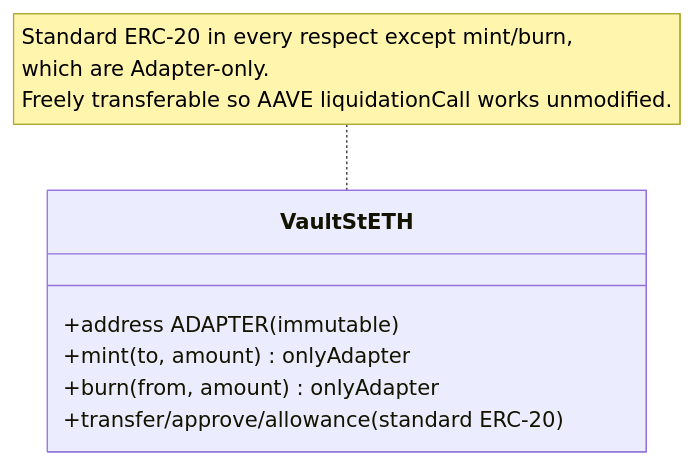
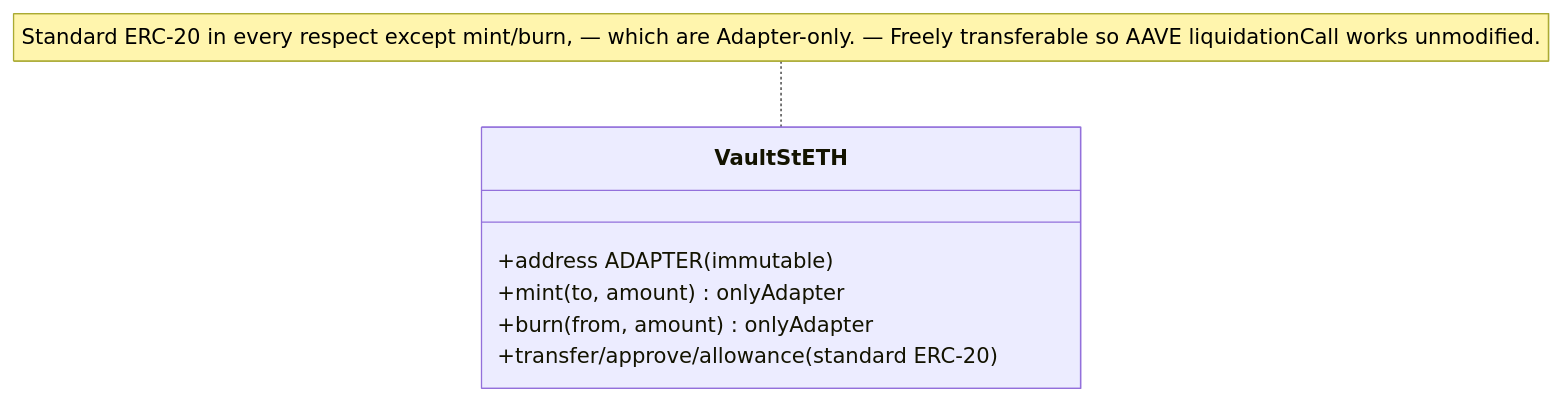
The fourth of 24 diagrams in docs/Architecture.md (sanbir/vault-steth-adapter), drawn with Mermaid before and after one commit. The commit also changed other lines of this file and 1 other file, not shown here.

First line of the commit message:
docs: fix Mermaid <br/> rendering errors in Architecture.md and Liquidation-guarantees.md

````diff
--- a/docs/Architecture.md
+++ b/docs/Architecture.md
@@ -151,10 +151,10 @@
 ```mermaid
 classDiagram
     class VaultStETH {
         +address ADAPTER (immutable)
         +mint(to, amount) onlyAdapter
         +burn(from, amount) onlyAdapter
         +transfer/approve/allowance (standard ERC-20)
     }
-    note for VaultStETH "Standard ERC-20 in every respect except mint/burn,<br/>which are Adapter-only.<br/>Freely transferable so AAVE liquidationCall works unmodified."
+    note for VaultStETH "Standard ERC-20 in every respect except mint/burn, — which are Adapter-only. — Freely transferable so AAVE liquidationCall works unmodified."
 ```
````
